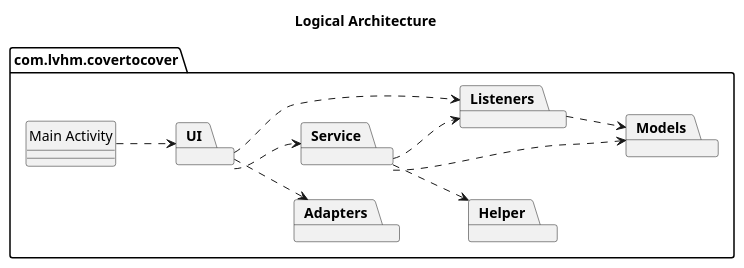
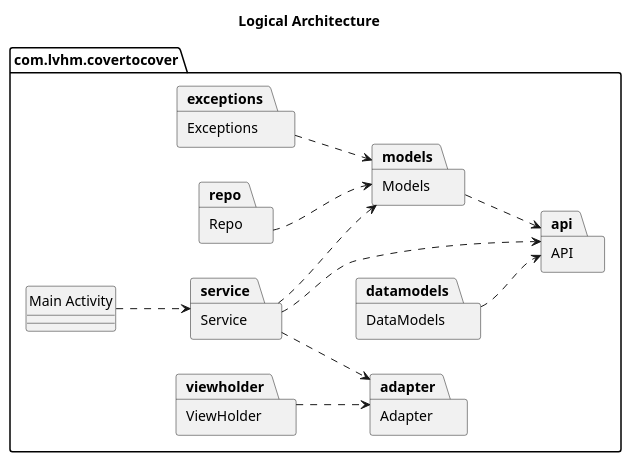
Before and after one commit to VitorHTeixeira/DSSMV_ProjectDroid_1232067_1241131_1241008: the diagram in UMLs/ArquiteturaLógica/uml/arq_lógica.puml, drawn with PlantUML. The commit also changed 2 other files, not shown here.

```diff
--- a/UMLs/ArquiteturaLógica/uml/arq_lógica.puml
+++ b/UMLs/ArquiteturaLógica/uml/arq_lógica.puml
@@ -1,28 +1,31 @@
 @startuml
 'https://plantuml.com/component-diagram
 
 left to right direction
 
 hide circle
 allowmixing
 title Logical Architecture
 
 package com.lvhm.covertocover as system_package {
     class "Main Activity" as main_activity
-    package UI
-    package Adapters
-    package Service
-    package Helper
-    package Models
-    package Listeners
+    package "Adapter" as adapter
+    package "API" as api
+    package "DataModels" as datamodels
+    package "Exceptions" as exceptions
+    package "Models" as models
+    package "Repo" as repo
+    package "Service" as service
+    package "ViewHolder" as viewholder
 
-    main_activity ..> UI
-    UI ..> Service
-    UI ..> Adapters
-    UI ..> Listeners
-    Service ..> Models
-    Service ..> Helper
-    Service ..> Listeners
-    Listeners ..> Models
+    main_activity ..> service
+    service ..> adapter
+    service ..> models
+    service ..> api
+    exceptions ..> models
+    models ..> api
+    repo ..> models
+    datamodels ..> api
+    viewholder ..> adapter
 }
 @enduml
```
